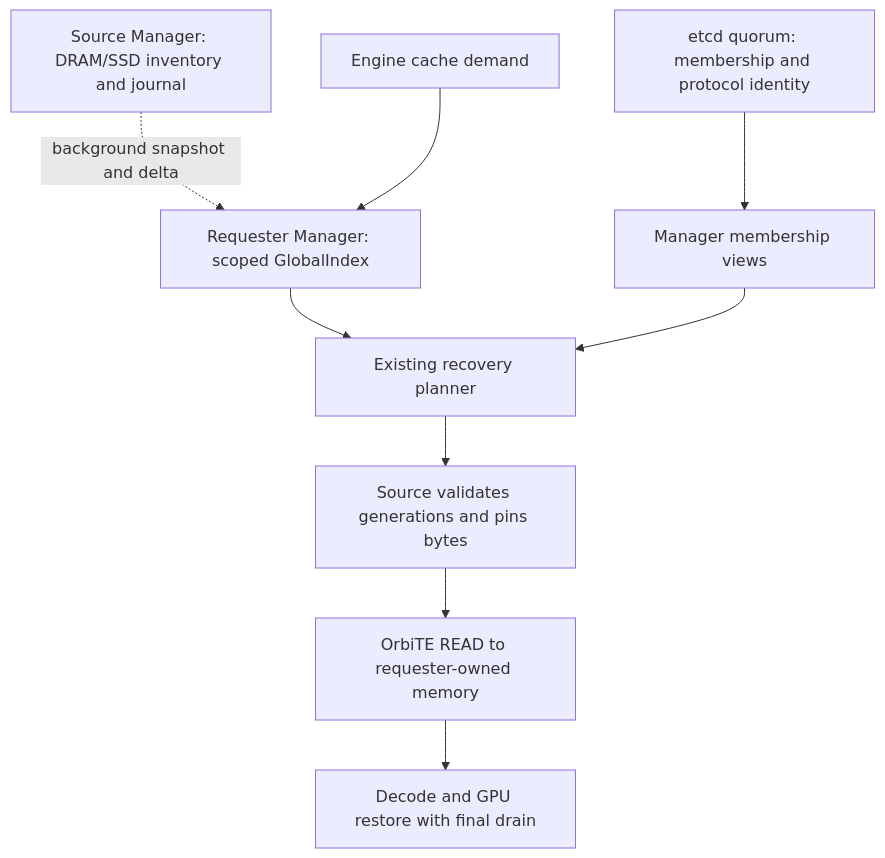
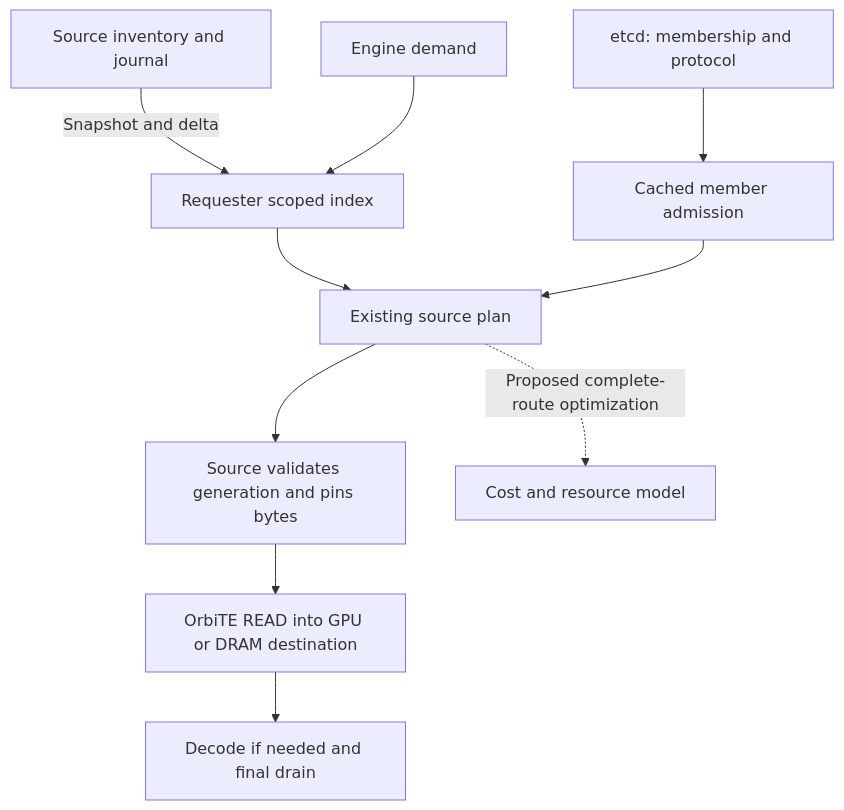
The diagram in docs/distributed-design.md (OrbitInfra/OrbitKV), drawn with Mermaid before and after one commit. The commit also changed other lines of this file and 29 other files, not shown here.

````diff
--- a/docs/distributed-design.md
+++ b/docs/distributed-design.md
@@ -84,15 +39,12 @@
 ```mermaid
 flowchart TB
-    E["etcd quorum: membership and protocol identity"]
-    M["Manager membership views"]
-    E --> M
-    S["Source Manager: DRAM/SSD inventory and journal"]
-    I["Requester Manager: scoped GlobalIndex"]
-    S -. "background snapshot and delta" .-> I
-    Q["Engine cache demand"] --> I
-    I --> P["Existing recovery planner"]
+    E[etcd: membership and protocol] --> M[Cached member admission]
+    S[Source inventory and journal] -->|Snapshot and delta| I[Requester scoped index]
+    Q[Engine demand] --> I
+    I --> P[Existing source plan]
     M --> P
-    P --> A["Source validates generations and pins bytes"]
-    A --> T["OrbiTE READ to requester-owned memory"]
-    T --> G["Decode and GPU restore with final drain"]
+    P --> A[Source validates generation and pins bytes]
+    A --> T[OrbiTE READ into GPU or DRAM destination]
+    T --> G[Decode if needed and final drain]
+    P -. Proposed complete-route optimization .-> C[Cost and resource model]
 ```
````
